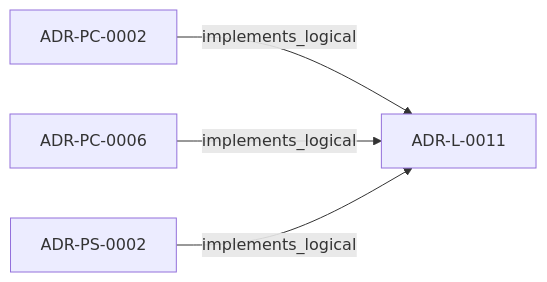
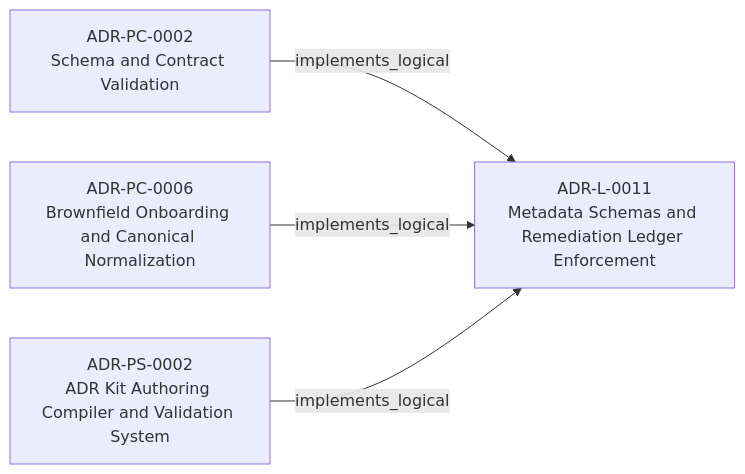
Before and after one commit to egallmann/adr-architecture-kit: the first of 2 diagrams in adrs/adr-projection/logical/ADR-L-0011-metadata-schemas-and-remediation-ledger-enforcement.md, drawn with Mermaid. The commit also changed other lines of this file and 35 other files, not shown here.

````diff
--- a/adrs/adr-projection/logical/ADR-L-0011-metadata-schemas-and-remediation-ledger-enforcement.md
+++ b/adrs/adr-projection/logical/ADR-L-0011-metadata-schemas-and-remediation-ledger-enforcement.md
@@ -30,10 +30,10 @@
 ```mermaid
 flowchart LR
-  n_019fee89_e616_7b97_971d_ae165d13bf9c["ADR-L-0011"]
-  n_019fee89_e617_7d2b_8325_cd85ff814477["ADR-PC-0002"]
-  n_019fee89_e618_7787_b43f_a3e5cb264dd5["ADR-PC-0006"]
-  n_019fee89_e618_7d04_9337_4aa2d3258507["ADR-PS-0002"]
+  n_019fee89_e616_7b97_971d_ae165d13bf9c["ADR-L-0011<br/>Metadata Schemas and Remediation Ledger Enforcement"]
+  n_019fee89_e617_7d2b_8325_cd85ff814477["ADR-PC-0002<br/>Schema and Contract Validation"]
+  n_019fee89_e618_7787_b43f_a3e5cb264dd5["ADR-PC-0006<br/>Brownfield Onboarding and Canonical Normalization"]
+  n_019fee89_e618_7d04_9337_4aa2d3258507["ADR-PS-0002<br/>ADR Kit Authoring Compiler and Validation System"]
   n_019fee89_e617_7d2b_8325_cd85ff814477 -->|"implements_logical"| n_019fee89_e616_7b97_971d_ae165d13bf9c
   n_019fee89_e618_7787_b43f_a3e5cb264dd5 -->|"implements_logical"| n_019fee89_e616_7b97_971d_ae165d13bf9c
   n_019fee89_e618_7d04_9337_4aa2d3258507 -->|"implements_logical"| n_019fee89_e616_7b97_971d_ae165d13bf9c
 ```
````
